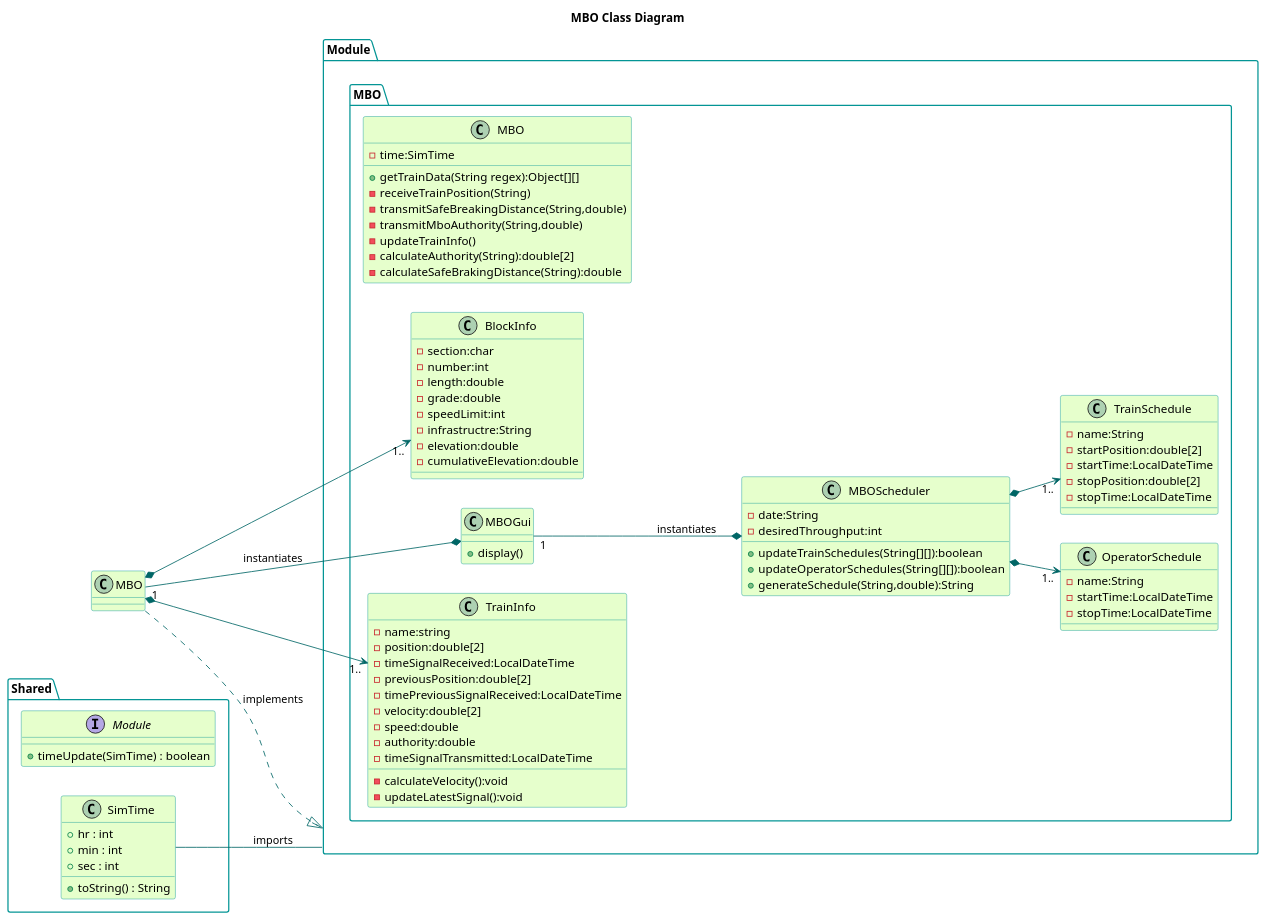
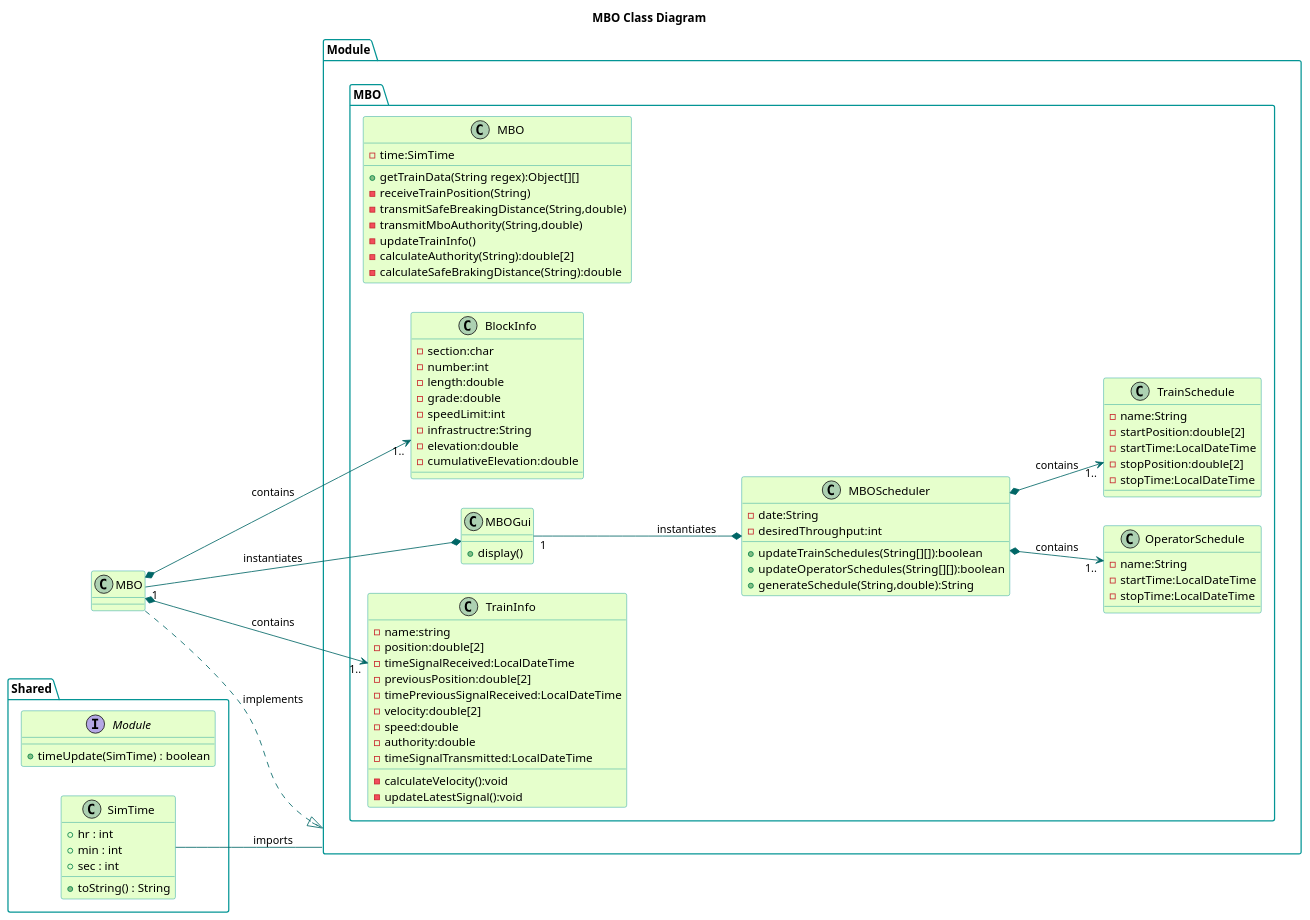
Before and after one commit to kevingilboy/COE1186: the diagram in TrainSystem/yUML/Class Diagrams/MBO.pu, drawn with PlantUML. The commit also changed 4 other files, not shown here.

Commit message:
class diagrams turned in as WP2

```diff
--- a/TrainSystem/yUML/Class Diagrams/MBO.pu
+++ b/TrainSystem/yUML/Class Diagrams/MBO.pu
@@ -1,98 +1,98 @@
 @startuml
 
 title MBO Class Diagram
 'skinparam backgroundColor transparent'
 skinparam classBackgroundColor #e6ffcc
 skinparam classBorderColor 	#049595
 skinparam packageBorderColor  #049595
 skinparam arrowColor #006666
 
 package "Module.MBO" {
 	class MBO {
 		-time:SimTime
 		+getTrainData(String regex):Object[][]
 		-receiveTrainPosition(String)
  		-transmitSafeBreakingDistance(String,double)
  		-transmitMboAuthority(String,double)
 		-updateTrainInfo()
 		-calculateAuthority(String):double[2]
 		-calculateSafeBrakingDistance(String):double
 	}
 
 	class MBOGui {
 		+display()
 	}
 
 	class MBOScheduler {
 		-date:String
 		-desiredThroughput:int
 		+updateTrainSchedules(String[][]):boolean
 		+updateOperatorSchedules(String[][]):boolean
 		+generateSchedule(String,double):String
 	}
 
 	class TrainInfo {
 		-name:string
 		-position:double[2]
 		-timeSignalReceived:LocalDateTime
 		-previousPosition:double[2]
 		-timePreviousSignalReceived:LocalDateTime
 		-velocity:double[2]
 		-speed:double
 		-authority:double
 		-timeSignalTransmitted:LocalDateTime
 		-calculateVelocity():void
 		-updateLatestSignal():void
 	}
 
 	class BlockInfo {
 		-section:char
 		-number:int
 		-length:double
 		-grade:double
 		-speedLimit:int
 		-infrastructre:String
 		-elevation:double
 		-cumulativeElevation:double
 	}
 
 	class OperatorSchedule {
 		-name:String
 		-startTime:LocalDateTime
 		-stopTime:LocalDateTime
 	}
 
 	class TrainSchedule {
 		-name:String
 		-startPosition:double[2]
 		-startTime:LocalDateTime
 		-stopPosition:double[2]
 		-stopTime:LocalDateTime
 	}
 }
 
 package "Shared" {
 	interface Module {
 		+timeUpdate(SimTime) : boolean
 	}
 	
 	class SimTime {
 		+hr : int
 		+min : int
 		+sec : int
 		+toString() : String
 	}
 }
 
 left to right direction
 
 MBO "1" --* MBOGui : instantiates
 MBOGui "1" --* MBOScheduler : instantiates
 SimTime -- Module : imports
 MBO ..|> Module : implements
-MBO *--> "1.." TrainInfo
-MBO *--> "1.." BlockInfo
-MBOScheduler *--> "1.." TrainSchedule
-MBOScheduler *--> "1.." OperatorSchedule
+MBO *--> "1.." TrainInfo : contains
+MBO *--> "1.." BlockInfo : contains
+MBOScheduler *--> "1.." TrainSchedule : contains
+MBOScheduler *--> "1.." OperatorSchedule : contains
 
 @enduml
```
